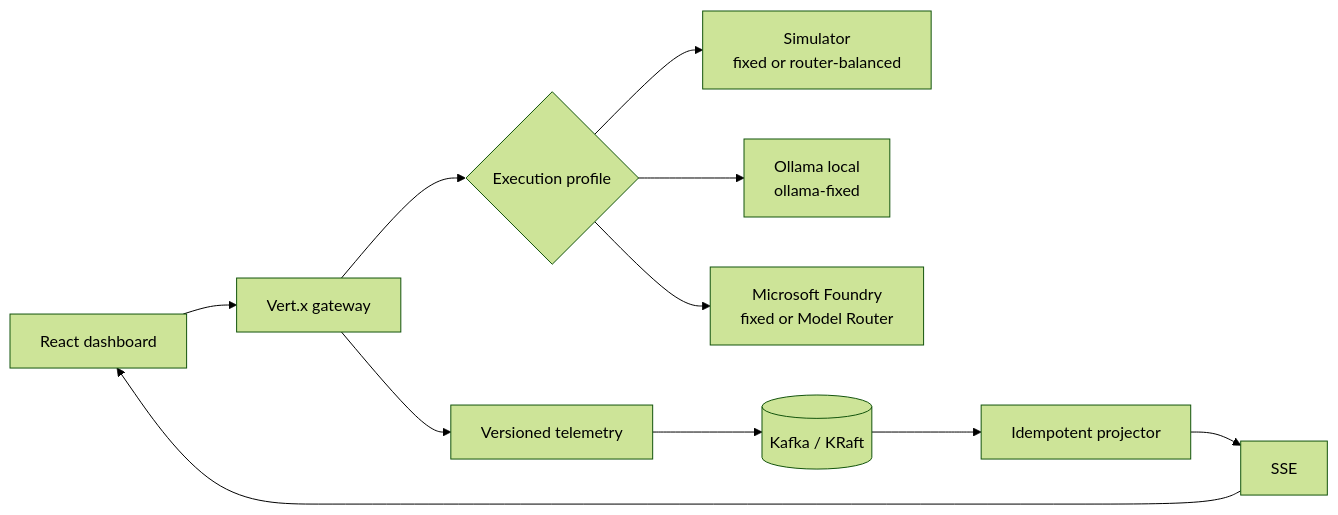
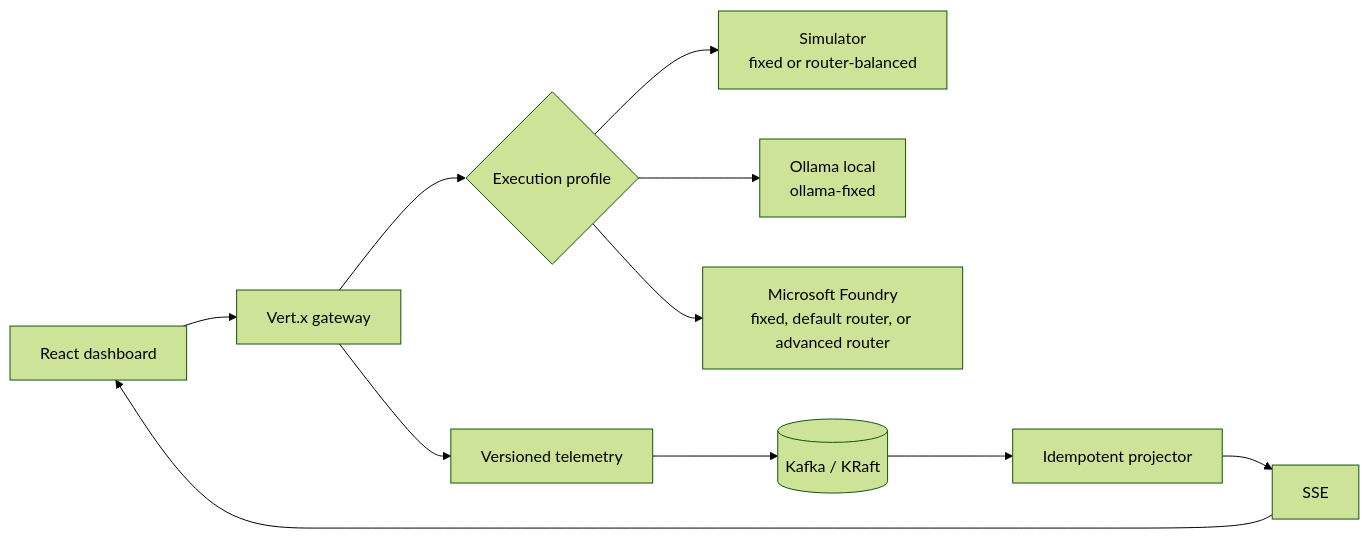
The diagram in README.md (hyeonsangjeon/kafka-metric-example), drawn with Mermaid (forest theme) before and after one commit. The commit also changed other lines of this file and 39 other files, not shown here.

First line of the commit message:
Add live Foundry model router evaluation

````diff
--- a/README.md
+++ b/README.md
@@ -69,13 +71,13 @@
 ```mermaid
 flowchart LR
   UI[React dashboard] --> API[Vert.x gateway]
   API --> PROFILE{Execution profile}
   PROFILE --> SIM[Simulator\nfixed or router-balanced]
   PROFILE --> OLLAMA[Ollama local\nollama-fixed]
-  PROFILE --> FOUNDRY[Microsoft Foundry\nfixed or Model Router]
+  PROFILE --> FOUNDRY[Microsoft Foundry\nfixed, default router, or advanced router]
   API --> EVENTS[Versioned telemetry]
   EVENTS --> KAFKA[(Kafka / KRaft)]
   KAFKA --> VIEW[Idempotent projector]
   VIEW --> SSE[SSE]
   SSE --> UI
 ```
````
